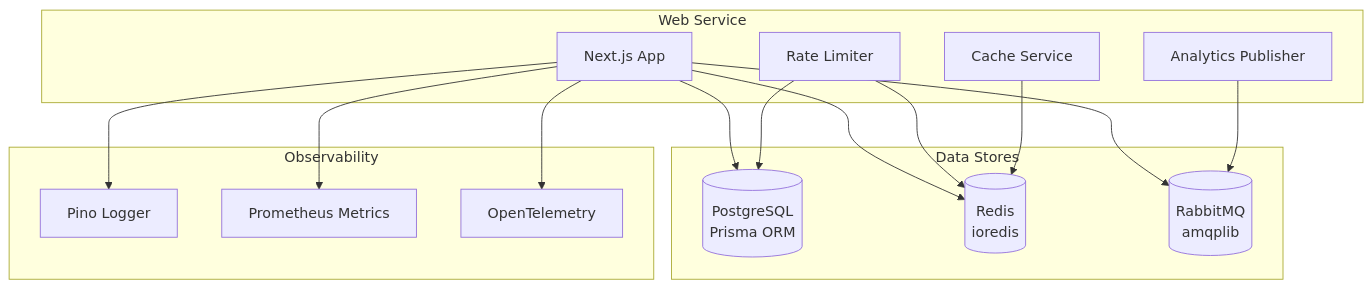
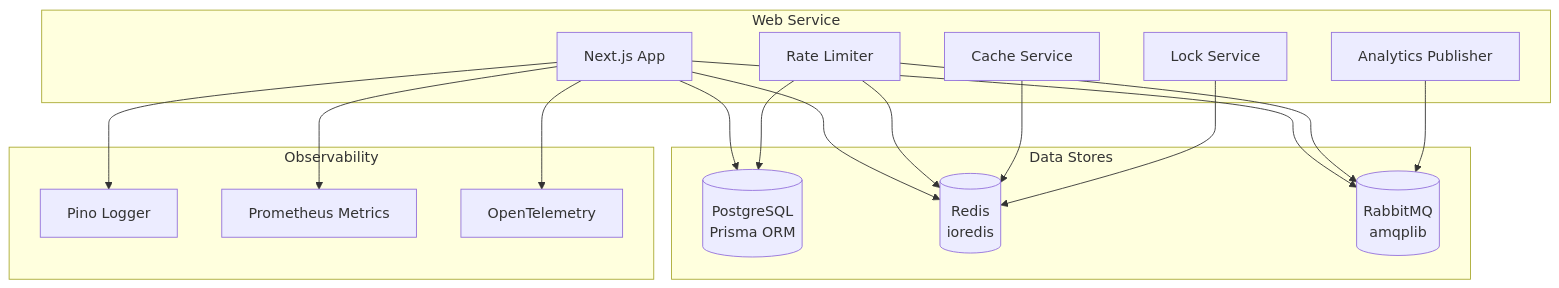
One commit to kunalPisolkar24/detectAI changed the first of 8 diagrams in apps/web/docs/components/infrastructure.md. Above: the diagram before and after it, drawn with Mermaid. The commit also changed other lines of this file and 13 other files, not shown here.

````diff
--- a/apps/web/docs/components/infrastructure.md
+++ b/apps/web/docs/components/infrastructure.md
@@ -7,32 +7,35 @@
 ```mermaid
 graph TB
     subgraph "Web Service"
         App[Next.js App]
         RateLimit[Rate Limiter]
         Analytics[Analytics Publisher]
         Cache[Cache Service]
+        Lock[Lock Service]
     end
 
     subgraph "Data Stores"
         PG[(PostgreSQL<br/>Prisma ORM)]
         Redis[(Redis<br/>ioredis)]
         RabbitMQ[(RabbitMQ<br/>amqplib)]
     end
 
     subgraph "Observability"
         Logger[Pino Logger]
         Metrics[Prometheus Metrics]
         Tracing[OpenTelemetry]
     end
 
     App --> PG
     App --> Redis
     App --> RabbitMQ
     RateLimit --> Redis
     RateLimit --> PG
+    RateLimit --> RabbitMQ
     Analytics --> RabbitMQ
     Cache --> Redis
+    Lock --> Redis
     App --> Logger
     App --> Metrics
     App --> Tracing
 ```
````
